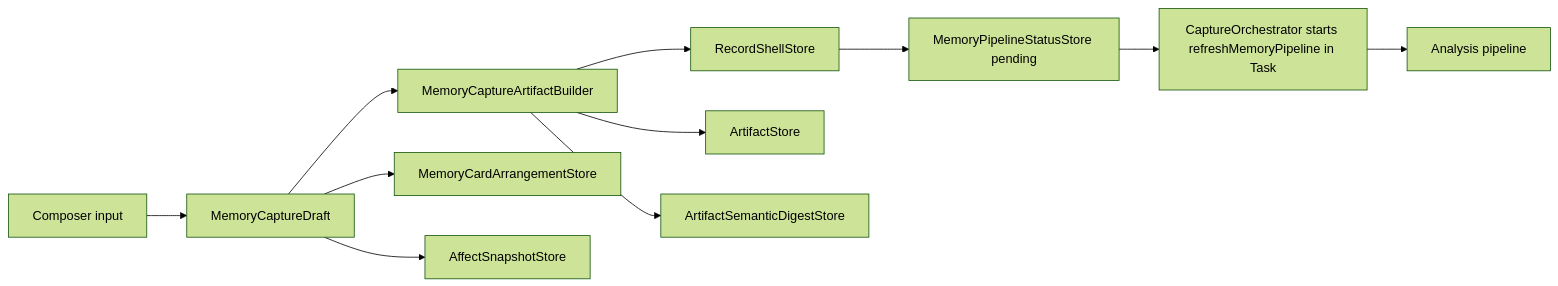
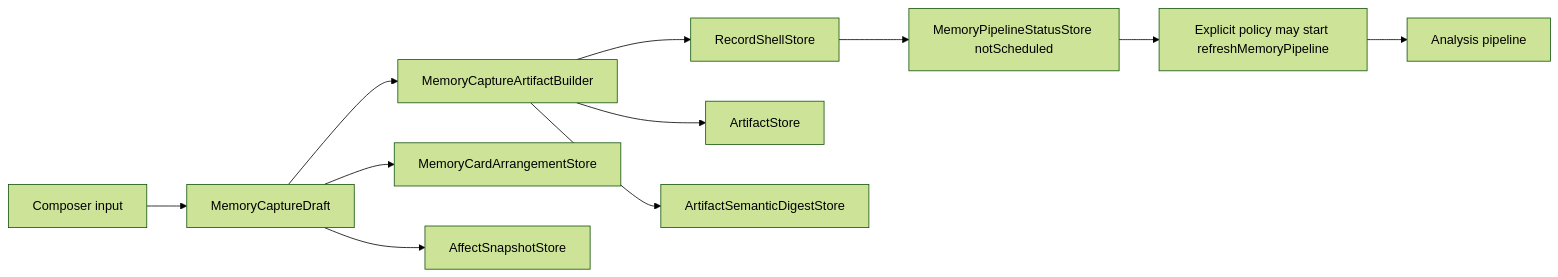
Before and after one commit to daaihang/sprout: the diagram in docs/mory_system_handbook/01_feature_inventory/capture.md, drawn with Mermaid (forest theme). The commit also changed 8 other files, not shown here.

````diff
--- a/docs/mory_system_handbook/01_feature_inventory/capture.md
+++ b/docs/mory_system_handbook/01_feature_inventory/capture.md
@@ -45,13 +45,13 @@
 ```mermaid
 flowchart LR
     A["Composer input"] --> B["MemoryCaptureDraft"]
     B --> C["MemoryCaptureArtifactBuilder"]
     C --> D["RecordShellStore"]
     C --> E["ArtifactStore"]
     C --> F["ArtifactSemanticDigestStore"]
     B --> G["MemoryCardArrangementStore"]
     B --> H["AffectSnapshotStore"]
-    D --> I["MemoryPipelineStatusStore pending"]
-    I --> J["CaptureOrchestrator starts refreshMemoryPipeline in Task"]
+    D --> I["MemoryPipelineStatusStore notScheduled"]
+    I --> J["Explicit policy may start refreshMemoryPipeline"]
     J --> K["Analysis pipeline"]
 ```
````
